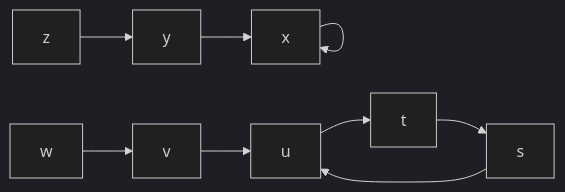
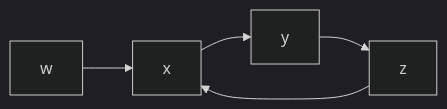
Before and after one commit to raganwald/raganwald.github.com: the sixth of 17 diagrams in _posts/2026-02-15-nuralagus-rex.md, drawn with Mermaid (dark theme). The commit also changed other lines of this file, not shown here.

```diff
--- a/_posts/2026-02-15-nuralagus-rex.md
+++ b/_posts/2026-02-15-nuralagus-rex.md
@@ -125,8 +123,6 @@
 <div class="mermaid">
   graph LR
     ex["x"]
 
-    z-->y-->ex-->ex
-
-    w-->v-->u-->t-->s-->u
+    w-->ex-->y-->z-->ex
 </div>
```
